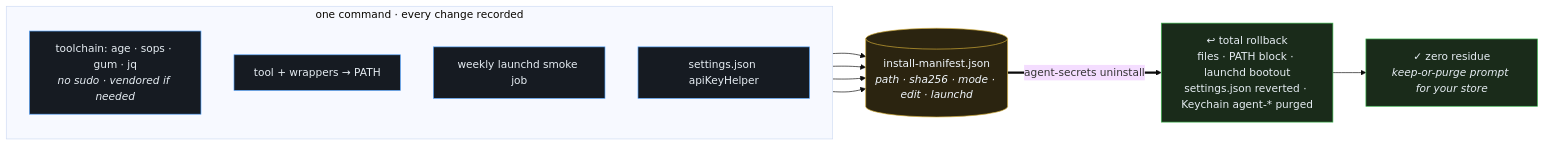
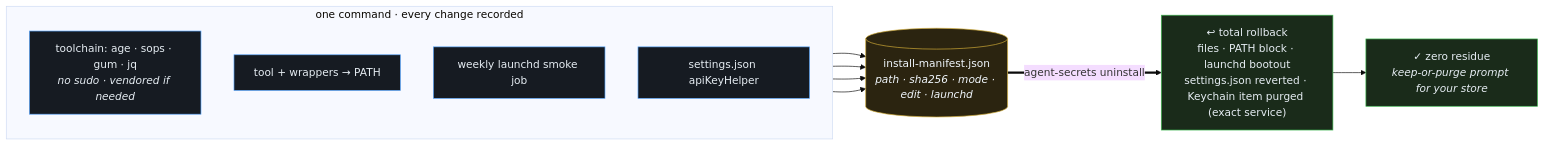
One commit to renchris/agent-secrets changed the third of 3 diagrams in README.md. Above: the diagram before and after it, drawn with Mermaid (base theme). The commit also changed other lines of this file and 11 other files, not shown here.

````diff
--- a/README.md
+++ b/README.md
@@ -228,24 +228,24 @@
 ```mermaid
 flowchart LR
     subgraph install["one command · every change recorded"]
         direction TB
         I1["toolchain: age · sops · gum · jq<br/><i>no sudo · vendored if needed</i>"]
         I2["tool + wrappers → PATH"]
         I3["weekly launchd smoke job"]
         I4["settings.json apiKeyHelper"]
     end
     M[("install-manifest.json<br/><i>path · sha256 · mode · edit · launchd</i>")]
     I1 --> M
     I2 --> M
     I3 --> M
     I4 --> M
-    M ==>|"agent-secrets uninstall"| U["↩ total rollback<br/>files · PATH block · launchd bootout<br/>settings.json reverted · Keychain agent-* purged"]
+    M ==>|"agent-secrets uninstall"| U["↩ total rollback<br/>files · PATH block · launchd bootout<br/>settings.json reverted · Keychain item purged (exact service)"]
     U --> Z["✓ zero residue<br/><i>keep-or-purge prompt for your store</i>"]
 
     classDef step fill:#161b22,stroke:#58a6ff,color:#e6edf3
     classDef man fill:#2b2410,stroke:#d4af37,color:#f0f6fc
     classDef undo fill:#1a2b1a,stroke:#3fb950,color:#e6edf3
     class I1,I2,I3,I4 step
     class M man
     class U,Z undo
 ```
````
